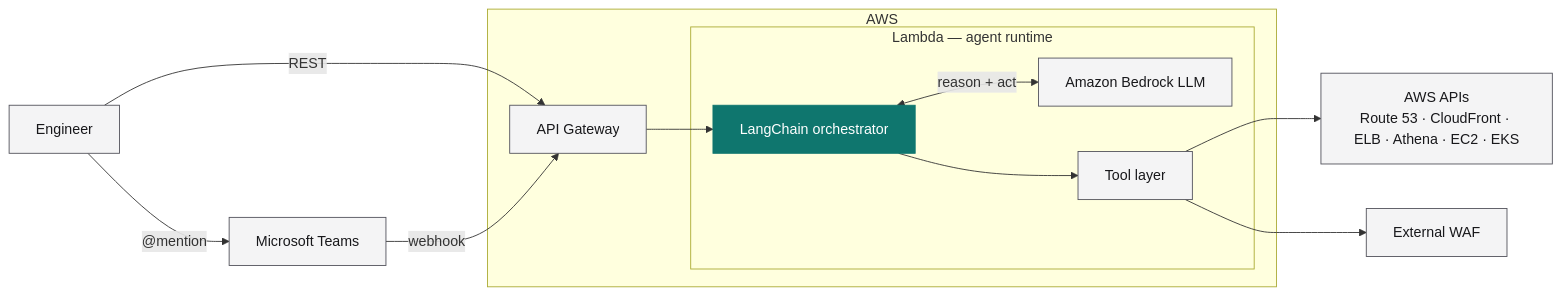
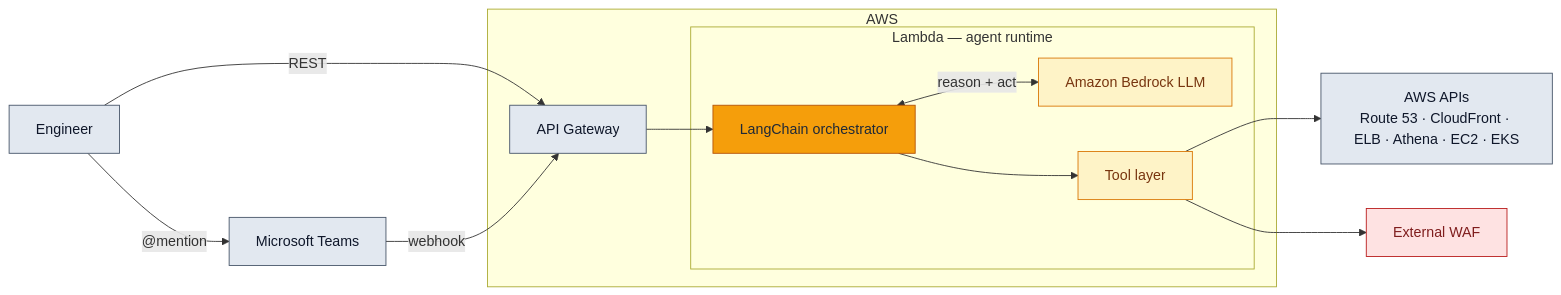
One commit to grey-techstack/aws-network-ops-agent changed the first of 2 diagrams in README.md. Above: the diagram before and after it, drawn with Mermaid. The commit also changed other lines of this file, not shown here.

````diff
--- a/README.md
+++ b/README.md
@@ -30,31 +71,35 @@
 ```mermaid
 flowchart LR
     U["Engineer"]
     T["Microsoft Teams"]
 
     subgraph AWS ["AWS"]
         AGW["API Gateway"]
         subgraph RT ["Lambda &mdash; agent runtime"]
             O["LangChain orchestrator"]
             B["Amazon Bedrock LLM"]
             TL["Tool layer"]
         end
     end
 
     API["AWS APIs<br/>Route 53 · CloudFront · ELB · Athena · EC2 · EKS"]
     WAF["External WAF"]
 
     U -->|"@mention"| T
     U -->|"REST"| AGW
     T -->|"webhook"| AGW
     AGW --> O
     O <-->|"reason + act"| B
     O --> TL
     TL --> API
     TL --> WAF
 
-    classDef base fill:#F4F4F5,stroke:#52525B,color:#18181B;
-    classDef core fill:#0F766E,stroke:#0F766E,color:#FFFFFF;
-    class U,T,AGW,B,TL,API,WAF base;
-    class O core;
+    classDef infra fill:#E2E8F0,stroke:#475569,color:#0F172A;
+    classDef agent fill:#FEF3C7,stroke:#D97706,color:#78350F;
+    classDef hero fill:#F59E0B,stroke:#B45309,color:#1F2937;
+    classDef sec fill:#FEE2E2,stroke:#B91C1C,color:#7F1D1D;
+    class U,T,AGW,API infra;
+    class B,TL agent;
+    class O hero;
+    class WAF sec;
 ```
````
